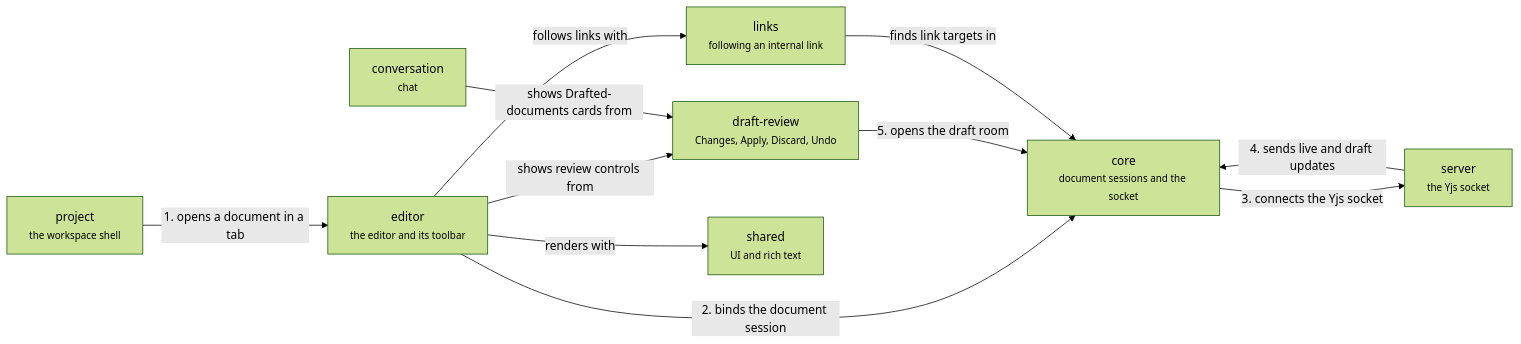
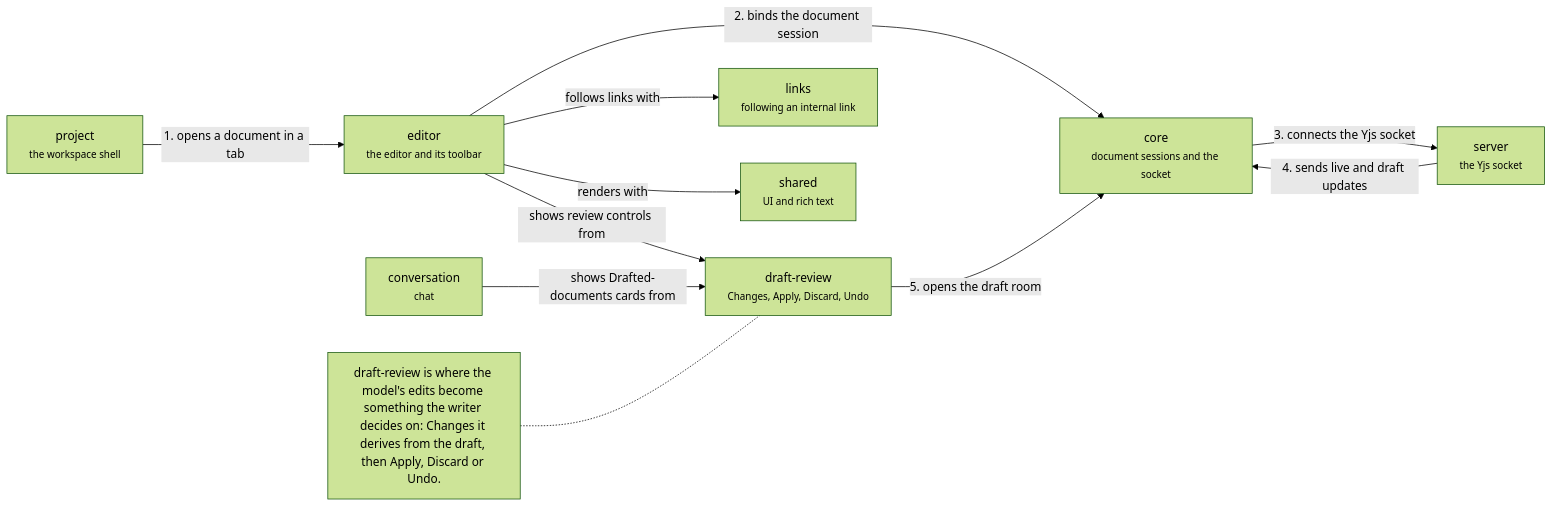
The diagram in .context/system-architecture/app-documents.md (haowjy/meridian-flow), drawn with Mermaid (forest theme) before and after one commit. The commit also changed 13 other files, not shown here.

````diff
--- a/.context/system-architecture/app-documents.md
+++ b/.context/system-architecture/app-documents.md
@@ -5,21 +5,22 @@
 ```mermaid
 flowchart LR
   editor["editor<br/><small>the editor and its toolbar</small>"]:::feature
   draft-review["draft-review<br/><small>Changes, Apply, Discard, Undo</small>"]:::feature
   links["links<br/><small>following an internal link</small>"]:::feature
   project["project<br/><small>the workspace shell</small>"]:::context
   core["core<br/><small>document sessions and the socket</small>"]:::context
   shared["shared<br/><small>UI and rich text</small>"]:::context
   conversation["conversation<br/><small>chat</small>"]:::context
   server["server<br/><small>the Yjs socket</small>"]:::context
   project -->|"1. opens a document in a tab"| editor
   editor -->|"2. binds the document session"| core
   core -->|"3. connects the Yjs socket"| server
   server -->|"4. sends live and draft updates"| core
   draft-review -->|"5. opens the draft room"| core
   editor -->|"shows review controls from"| draft-review
-  links -->|"finds link targets in"| core
   editor -->|"follows links with"| links
   conversation -->|"shows Drafted-documents cards from"| draft-review
   editor -->|"renders with"| shared
+  note1["draft-review is where the model's edits become something the writer decides on: Changes it derives from the draft, then Apply, Discard or Undo."]:::note
+  note1 -.- draft-review
 ```
````
